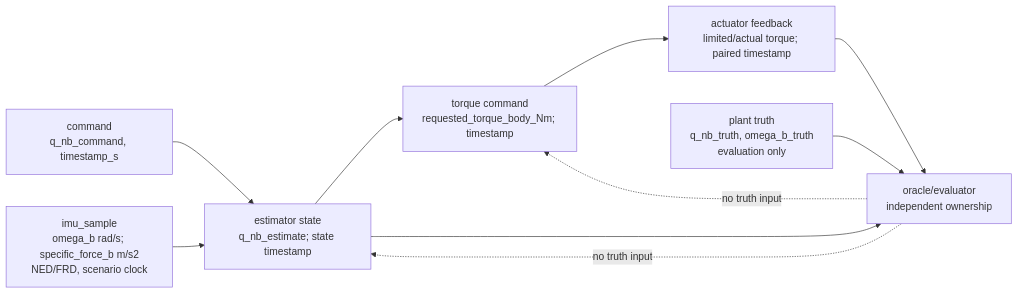
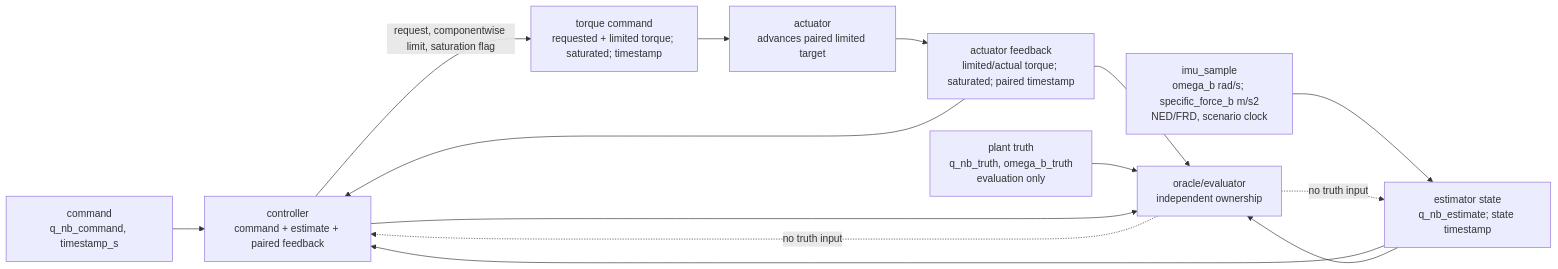
One commit to ZhangChi0727/UAV-FMS-portfolio changed the third of 5 diagrams in systems_engineering/models/system_views.md. Above: the diagram before and after it, drawn with Mermaid. The commit also changed other lines of this file and 6 other files, not shown here.

````diff
--- a/systems_engineering/models/system_views.md
+++ b/systems_engineering/models/system_views.md
@@ -90,19 +90,25 @@
 ```mermaid
 flowchart LR
     Command[command\nq_nb_command, timestamp_s]
     IMU[imu_sample\nomega_b rad/s; specific_force_b m/s2\nNED/FRD, scenario clock]
     Est[estimator state\nq_nb_estimate; state timestamp]
-    Torque[torque command\nrequested_torque_body_Nm; timestamp]
-    Limited[actuator feedback\nlimited/actual torque; paired timestamp]
+    Controller[controller\ncommand + estimate + paired feedback]
+    Torque[torque command\nrequested + limited torque; saturated; timestamp]
+    Actuator[actuator\nadvances paired limited target]
+    Feedback[actuator feedback\nlimited/actual torque; saturated; paired timestamp]
     Truth[plant truth\nq_nb_truth, omega_b_truth\nevaluation only]
     Eval[oracle/evaluator\nindependent ownership]
-    Command --> Est
+    Command --> Controller
     IMU --> Est
-    Est --> Torque
-    Torque --> Limited
-    Limited --> Eval
+    Est --> Controller
+    Feedback --> Controller
+    Controller -->|request, componentwise limit, saturation flag| Torque
+    Torque --> Actuator
+    Actuator --> Feedback
+    Feedback --> Eval
     Truth --> Eval
     Est --> Eval
+    Controller --> Eval
     Eval -. no truth input .-> Est
-    Eval -. no truth input .-> Torque
+    Eval -. no truth input .-> Controller
 ```
````
